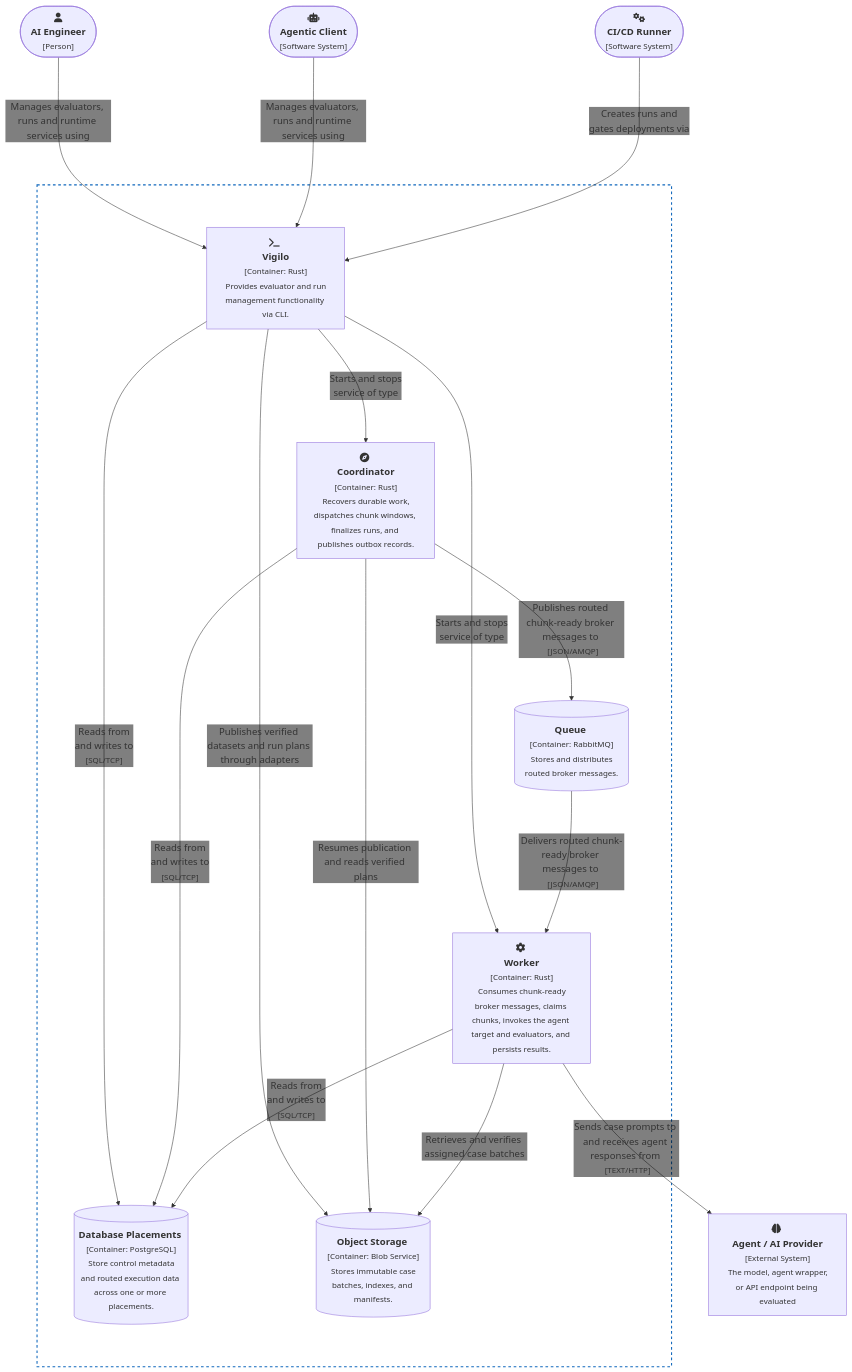
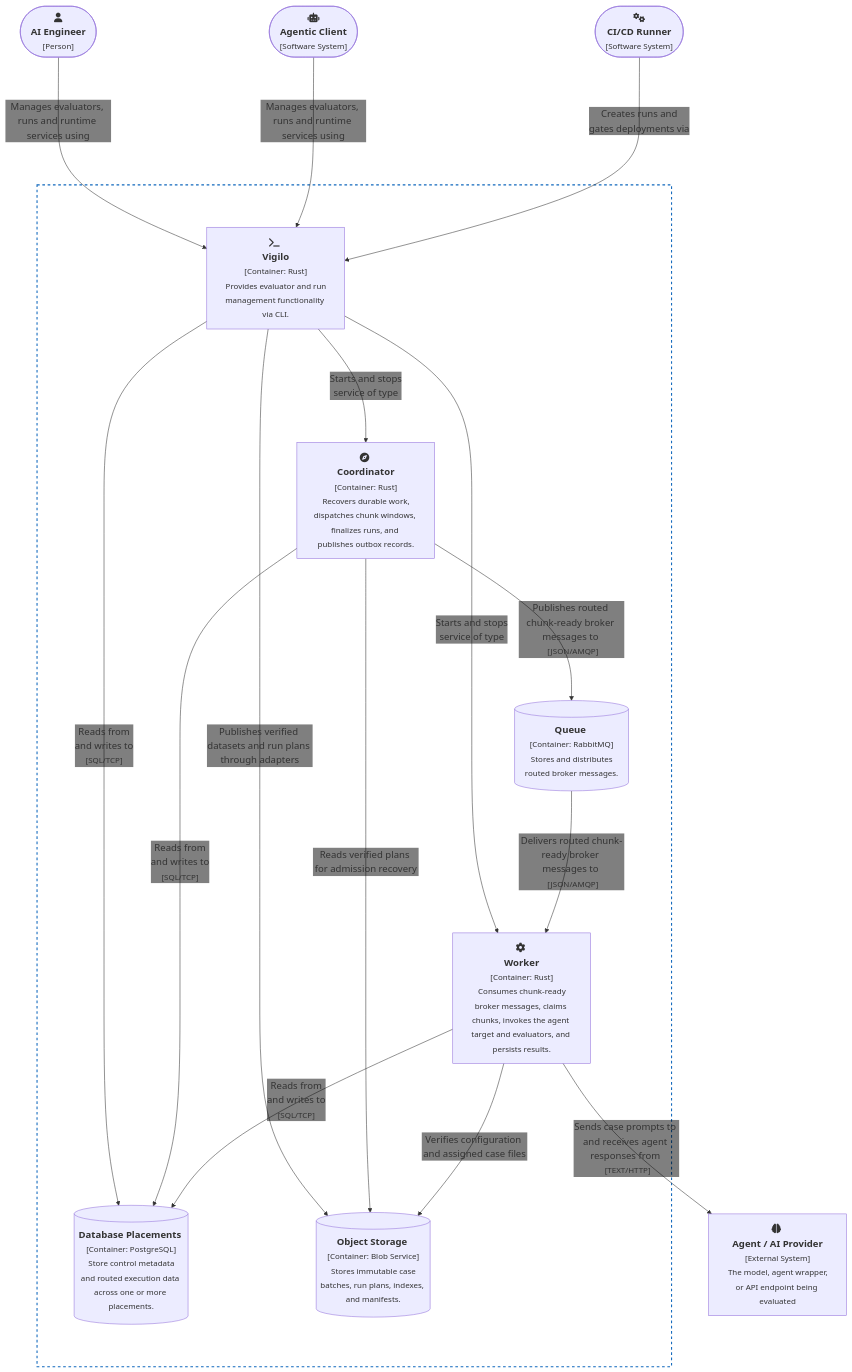
The diagram in web/docs/architecture/structure/containers/agent-vigilo/diagram.mmd (agent-vigilo/vigilo), drawn with Mermaid before and after one commit. The commit also changed 104 other files, not shown here.

Commit message:
cleanup docs for cases blob storage

```diff
--- a/web/docs/architecture/structure/containers/agent-vigilo/diagram.mmd
+++ b/web/docs/architecture/structure/containers/agent-vigilo/diagram.mmd
@@ -1,61 +1,61 @@
 ---
 config:
   flowchart:
     nodeSpacing: 120
     rankSpacing: 160
   themeVariables:
     fontSize: 18px
     padding: 50
     edgeLabelBackground: 'transparent'
 ---
 flowchart TD
     %% actors
     User(["fa:fa-user <br/> <b>AI Engineer</b> <br/> <small>[Person]</small>"]):::person
     AgentClient(["fa:fa-robot <br/> <b>Agentic Client</b> <br/> <small>[Software System]</small>"]):::actor
     CICD(["fa:fa-gears <br/> <b>CI/CD Runner</b> <br/> <small>[Software System]</small>"]):::actor
 
 
     %% components
     Vigilo["fa:fa-terminal <br/> <b>Vigilo</b> <br/> <small>[Container: Rust]</small> <br/> <small>Provides evaluator and run management functionality via CLI.</small>"]:::component
     Coordinator["fa:fa-compass <br/> <b>Coordinator</b> <br/> <small>[Container: Rust]</small> <br/> <small>Recovers durable work, dispatches chunk windows, finalizes runs, and publishes outbox records.</small>"]:::component
     Worker["fa:fa-gear <br/> <b>Worker</b> <br/> <small>[Container: Rust]</small> <br/> <small>Consumes chunk-ready broker messages, claims chunks, invokes the agent target and evaluators, and persists results.</small>"]:::component
     Database[("<b>Database Placements</b> <br/> <small>[Container: PostgreSQL]</small> <br/> <small>Store control metadata and routed execution data across one or more placements.</small>")]:::component
     Queue[("<b>Queue</b> <br/> <small>[Container: RabbitMQ]</small> <br/> <small>Stores and distributes routed broker messages.</small>")]:::component
 
-    Objects[("<b>Object Storage</b> <br/> <small>[Container: Blob Service]</small> <br/> <small>Stores immutable case batches, indexes, and manifests.</small>")]:::component
+    Objects[("<b>Object Storage</b> <br/> <small>[Container: Blob Service]</small> <br/> <small>Stores immutable case batches, run plans, indexes, and manifests.</small>")]:::component
 
     %% system boundary
     subgraph VigiloSystem["&nbsp;"]
         Vigilo
         Coordinator
         Worker
         Database
         Queue
         Objects
     end
     style VigiloSystem stroke-dasharray: 5 5,fill:none,stroke:#1168bd,stroke-width:2px
 
     %% external target
     TargetAgent["fa:fa-brain <br/> <b>Agent / AI Provider</b> <br/> <small>[External System]</small> <br/> <small>The model, agent wrapper, or API endpoint being evaluated</small>"]:::external
 
     %% edges
     User & AgentClient -->|"Manages evaluators, runs and runtime services using"| Vigilo
     CICD -->|Creates runs and <br/> gates deployments via| Vigilo
     Vigilo -->|"Reads from <br/> and writes to <br> <small>[SQL/TCP]</small>"| Database
     Vigilo -->|"Starts and stops <br/> service of type"| Coordinator
     Vigilo -->|"Starts and stops <br/> service of type"| Worker
     Coordinator -->|"Reads from <br/> and writes to <br> <small>[SQL/TCP]</small>"| Database
     Coordinator -->|"Publishes routed chunk-ready broker messages to <br> <small>[JSON/AMQP]</small>"| Queue
     Queue -->|"Delivers routed chunk-ready broker messages to <br> <small>[JSON/AMQP]</small>"| Worker
     Worker -->|"Reads from <br/> and writes to <br> <small>[SQL/TCP]</small>"| Database
     Worker -->|"Sends case prompts to and receives agent responses from <br> <small>[TEXT/HTTP]</small>"| TargetAgent
 
     Vigilo -->|Publishes verified datasets and run plans through adapters| Objects
-    Coordinator -->|Resumes publication and reads verified plans| Objects
-    Worker -->|Retrieves and verifies assigned case batches| Objects
+    Coordinator -->|Reads verified plans for admission recovery| Objects
+    Worker -->|Verifies configuration and assigned case files| Objects
 
     %% links
     click Vigilo "/docs/architecture/structure/components/vigilo/"
     click Coordinator "/docs/architecture/structure/components/coordinator/"
     click Worker "/docs/architecture/structure/components/worker/"
     click Objects "/docs/architecture/case-storage/"
```
